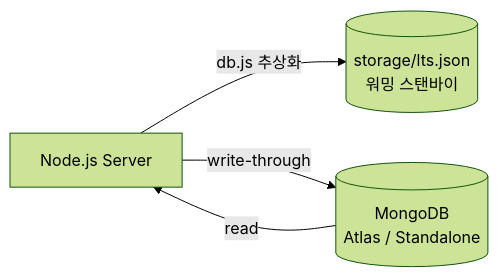
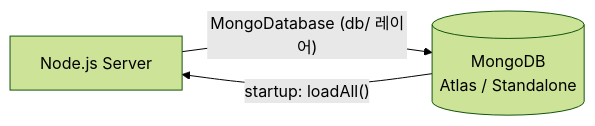
Before and after one commit to melchi45/loitering_tracking: the sixth of 13 diagrams in docs/design/Design_Server_Architecture.md, drawn with Mermaid (forest theme). The commit also changed other lines of this file and 31 other files, not shown here.

````diff
--- a/docs/design/Design_Server_Architecture.md
+++ b/docs/design/Design_Server_Architecture.md
@@ -386,6 +397,5 @@
 ```mermaid
 graph LR
-    SRV[Node.js Server] -- "db.js 추상화" --> JSON[(storage/lts.json\n워밍 스탠바이)]
-    SRV -- "write-through" --> MONGO[(MongoDB\nAtlas / Standalone)]
-    MONGO -- read --> SRV
+    SRV[Node.js Server] -- "MongoDatabase (db/ 레이어)" --> MONGO[(MongoDB\nAtlas / Standalone)]
+    MONGO -- "startup: loadAll()" --> SRV
 ```
````
